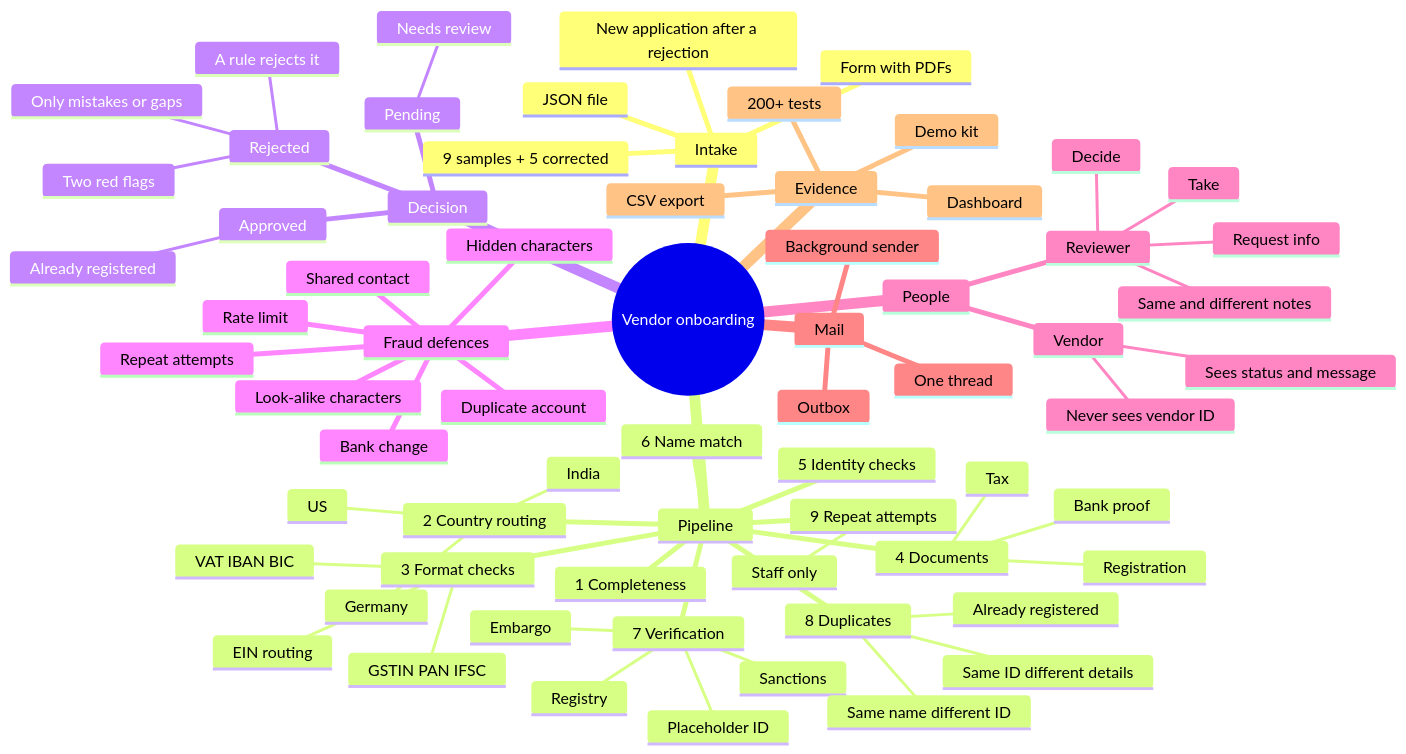
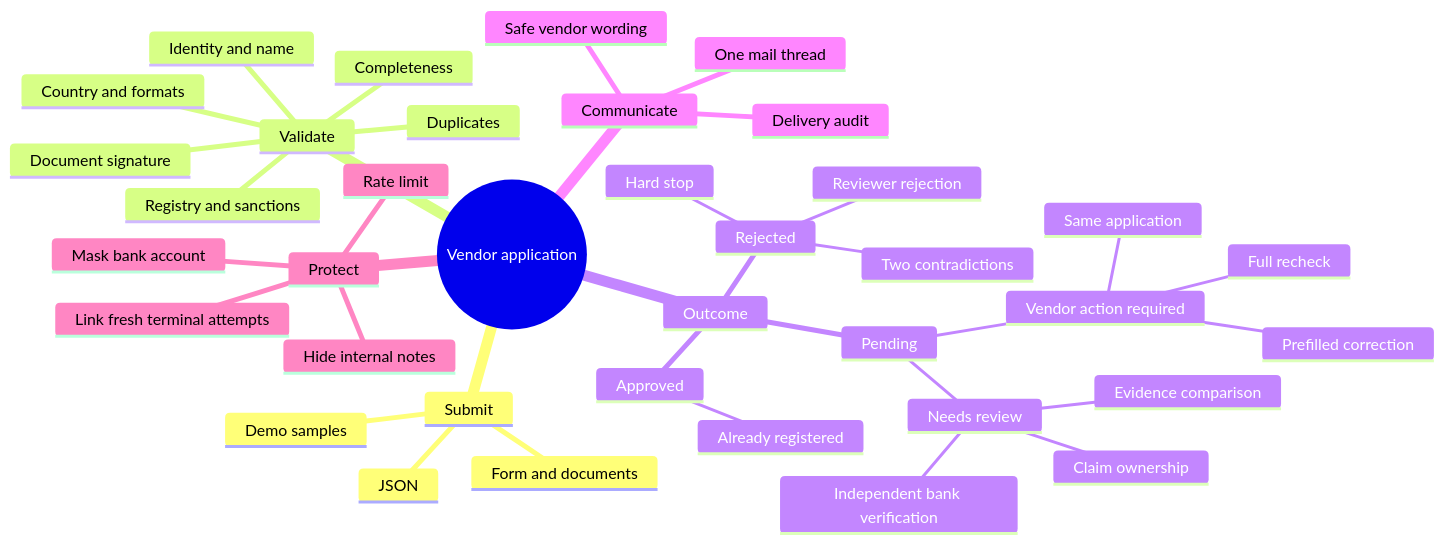
Before and after one commit to ShubhamK0802/vendor-onboarding-flask: the diagram in docs/MIND_MAP.md, drawn with Mermaid. The commit also changed other lines of this file and 25 other files, not shown here.

Commit message:
Strengthen vendor onboarding lifecycle and fraud controls

````diff
--- a/docs/MIND_MAP.md
+++ b/docs/MIND_MAP.md
@@ -3,71 +3,40 @@
 ```mermaid
 mindmap
-  root((Vendor onboarding))
-    Intake
-      Form with PDFs
-      JSON file
-      9 samples + 5 corrected
-      New application after a rejection
-    Pipeline
-      1 Completeness
-      2 Country routing
-        India
-        US
-        Germany
-      3 Format checks
-        GSTIN PAN IFSC
-        EIN routing
-        VAT IBAN BIC
-      4 Documents
-        Tax
-        Registration
-        Bank proof
-      5 Identity checks
-      6 Name match
-      7 Verification
-        Registry
-        Sanctions
-        Embargo
-        Placeholder ID
-      8 Duplicates
-        Already registered
-        Same ID different details
-        Same name different ID
-      9 Repeat attempts
-        Staff only
-    Decision
+  root((Vendor application))
+    Submit
+      Form and documents
+      JSON
+      Demo samples
+    Validate
+      Completeness
+      Country and formats
+      Document signature
+      Identity and name
+      Registry and sanctions
+      Duplicates
+    Outcome
       Approved
         Already registered
       Pending
+        Vendor action required
+          Prefilled correction
+          Same application
+          Full recheck
         Needs review
+          Claim ownership
+          Evidence comparison
+          Independent bank verification
       Rejected
-        A rule rejects it
-        Two red flags
-        Only mistakes or gaps
-    Fraud defences
-      Look-alike characters
-      Hidden characters
-      Bank change
-      Shared contact
-      Duplicate account
-      Repeat attempts
+        Hard stop
+        Two contradictions
+        Reviewer rejection
+    Communicate
+      Safe vendor wording
+      One mail thread
+      Delivery audit
+    Protect
+      Mask bank account
+      Hide internal notes
+      Link fresh terminal attempts
       Rate limit
-    People
-      Vendor
-        Sees status and message
-        Never sees vendor ID
-      Reviewer
-        Take
-        Decide
-        Request info
-        Same and different notes
-    Mail
-      Outbox
-      Background sender
-      One thread
-    Evidence
-      Dashboard
-      CSV export
-      200+ tests
-      Demo kit
 ```
````
